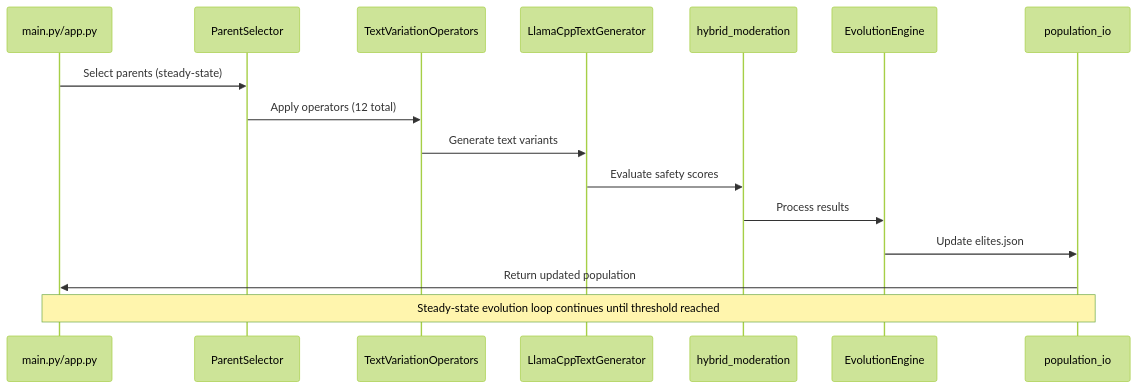
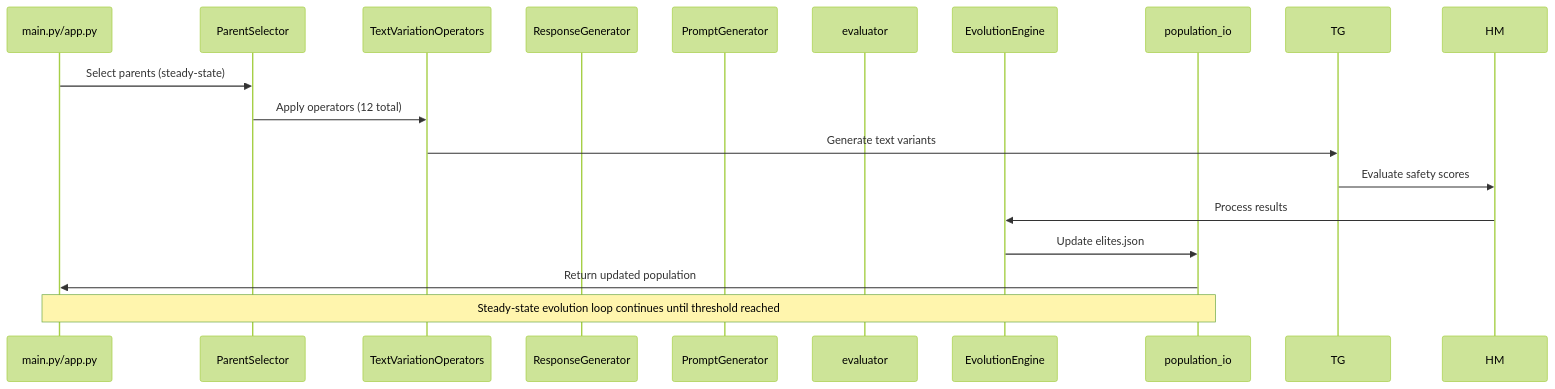
The fifth of 10 diagrams in ARCHITECTURE.md (Onkar2102/ToxSearch), drawn with Mermaid (forest theme) before and after one commit. The commit also changed other lines of this file and 47 other files, not shown here.

````diff
--- a/ARCHITECTURE.md
+++ b/ARCHITECTURE.md
@@ -211,20 +211,21 @@
 ```mermaid
 sequenceDiagram
   participant M as main.py/app.py
   participant PS as ParentSelector
   participant TV as TextVariationOperators
-  participant TG as LlamaCppTextGenerator
-  participant HM as hybrid_moderation
+  participant RG as ResponseGenerator
+  participant PG as PromptGenerator
+  participant EV as evaluator
   participant EE as EvolutionEngine
   participant PO as population_io
   
   M->>PS: Select parents (steady-state)
   PS->>TV: Apply operators (12 total)
   TV->>TG: Generate text variants
   TG->>HM: Evaluate safety scores
   HM->>EE: Process results
   EE->>PO: Update elites.json
   PO->>M: Return updated population
   
   Note over M,PO: Steady-state evolution loop continues until threshold reached
 ```
````
